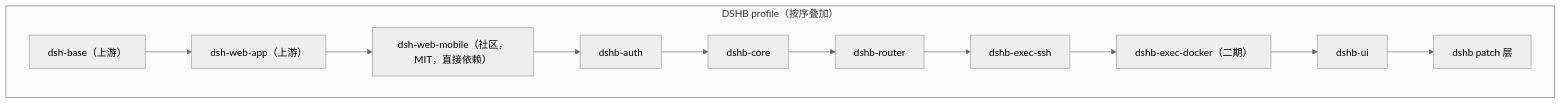
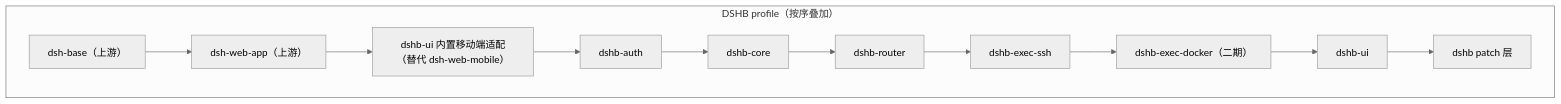
The third of 3 diagrams in docs/spec/design.md (Artenx/dsh-honeybee), drawn with Mermaid (neutral theme) before and after one commit. The commit also changed other lines of this file and 8 other files, not shown here.

First line of the commit message:
docs: 移除 dsh-web-mobile 依赖，dshb-ui 内置移动端适配

````diff
--- a/docs/spec/design.md
+++ b/docs/spec/design.md
@@ -75,16 +75,16 @@
 ```mermaid
 graph TD
     subgraph Profile["DSHB profile（按序叠加）"]
         Base["dsh-base（上游）"]
         WebApp["dsh-web-app（上游）"]
-        Mobile["dsh-web-mobile（社区，MIT，直接依赖）"]
+        Mobile["dshb-ui 内置移动端适配（替代 dsh-web-mobile）"]
         DshbAuth["dshb-auth"]
         DshbCore["dshb-core"]
         DshbRouter["dshb-router"]
         DshbSsh["dshb-exec-ssh"]
         DshbDocker["dshb-exec-docker（二期）"]
         DshbUi["dshb-ui"]
         Patch["dshb patch 层"]
     end
     Base --> WebApp --> Mobile --> DshbAuth --> DshbCore --> DshbRouter --> DshbSsh --> DshbDocker --> DshbUi --> Patch
 ```
````
